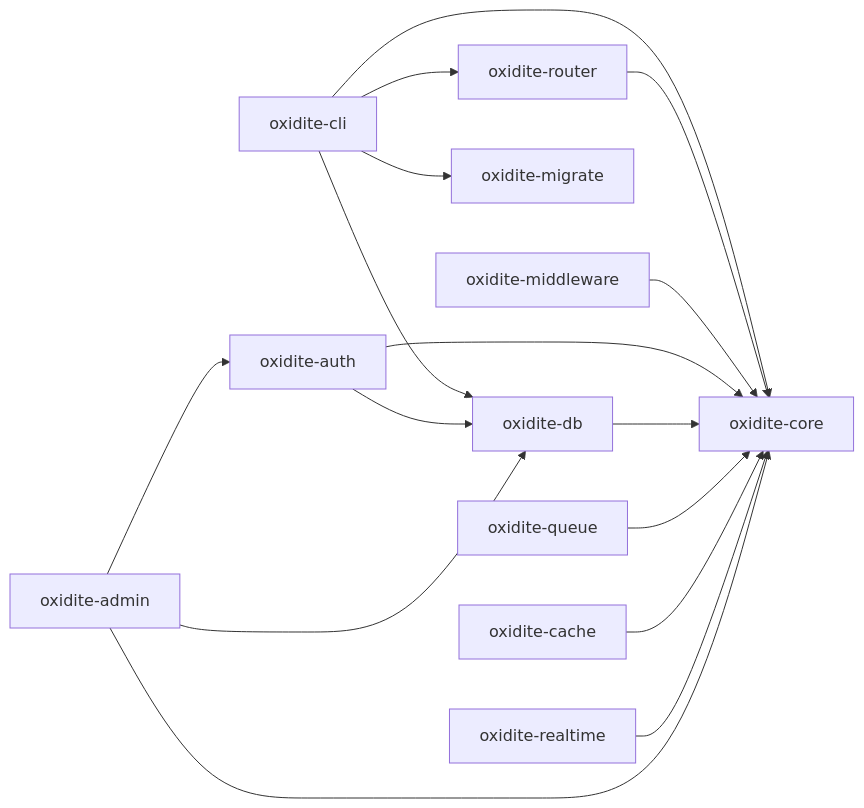
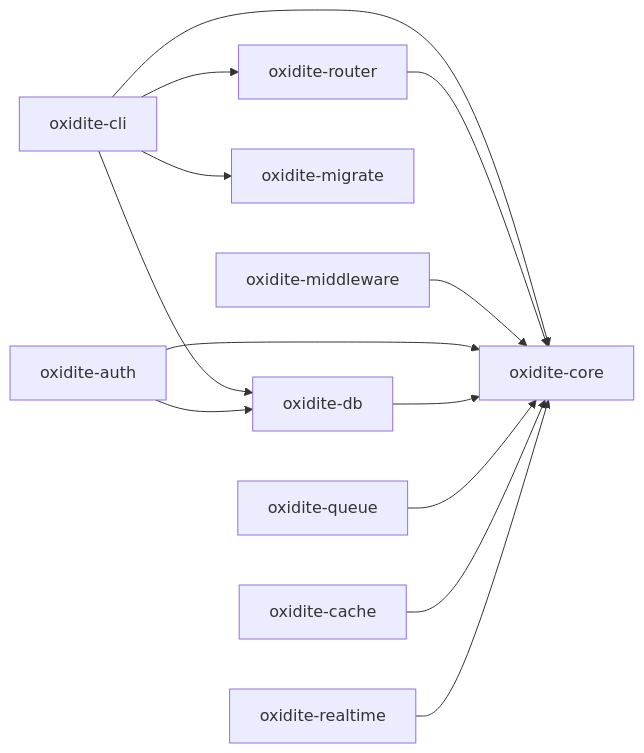
One commit to meshackbahati/toxi changed the second of 2 diagrams in oxidite/docs/architecture/overview.md. Above: the diagram before and after it, drawn with Mermaid. The commit also changed 211 other files, not shown here.

````diff
--- a/oxidite/docs/architecture/overview.md
+++ b/oxidite/docs/architecture/overview.md
@@ -56,19 +56,17 @@
 ```mermaid
 graph LR
     CLI[oxidite-cli] --> Core[oxidite-core]
     CLI --> Router[oxidite-router]
     CLI --> DB[oxidite-db]
     CLI --> Migrate[oxidite-migrate]
     
     Router --> Core
     Middleware[oxidite-middleware] --> Core
     Auth[oxidite-auth] --> Core
     Auth --> DB
     DB --> Core
     Queue[oxidite-queue] --> Core
     Cache[oxidite-cache] --> Core
     Realtime[oxidite-realtime] --> Core
-    Admin[oxidite-admin] --> Core
-    Admin --> Auth
-    Admin --> DB
+
 ```
````
